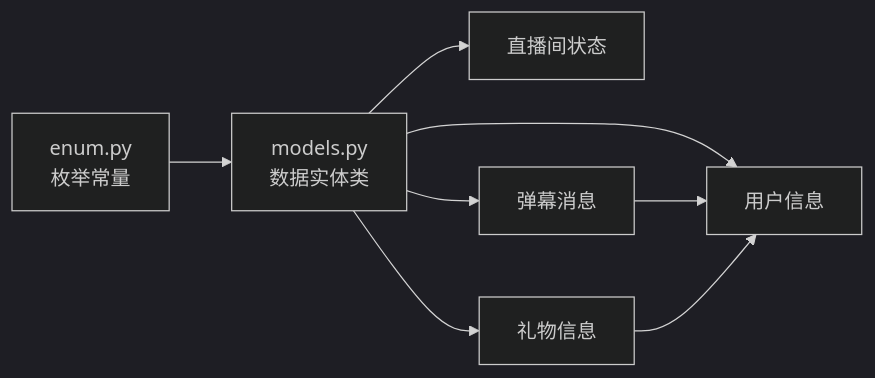
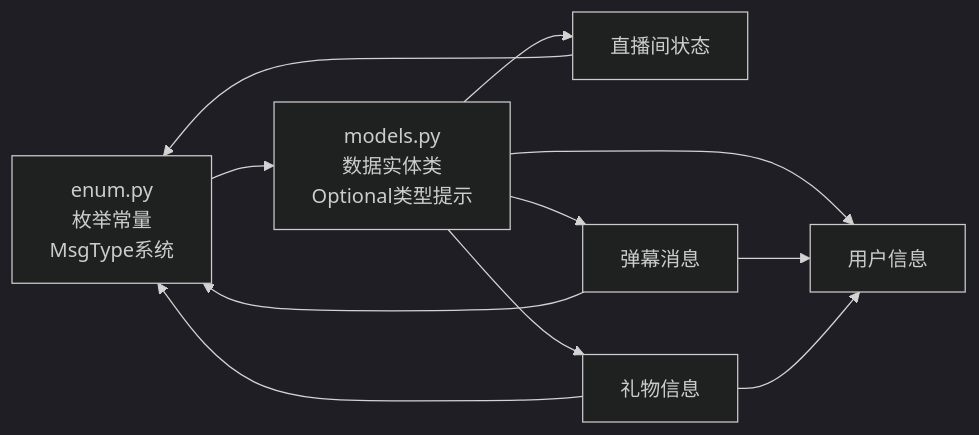
Before and after one commit to laowumdzz/Blive-Bot: the third of 3 diagrams in .qoder/repowiki/zh/content/核心架构/数据模型.md, drawn with Mermaid (dark theme). The commit also changed other lines of this file and 12 other files, not shown here.

````diff
--- a/.qoder/repowiki/zh/content/核心架构/数据模型.md
+++ b/.qoder/repowiki/zh/content/核心架构/数据模型.md
@@ -230,10 +267,13 @@
 ```mermaid
 graph LR
-E["enum.py<br/>枚举常量"] --> M["models.py<br/>数据实体类"]
+E["enum.py<br/>枚举常量<br/>MsgType系统"] --> M["models.py<br/>数据实体类<br/>Optional类型提示"]
 M --> U["用户信息"]
 M --> S["直播间状态"]
 M --> C["弹幕消息"]
 M --> G["礼物信息"]
 C --> U
 G --> U
+C --> E
+S --> E
+G --> E
 ```
````
